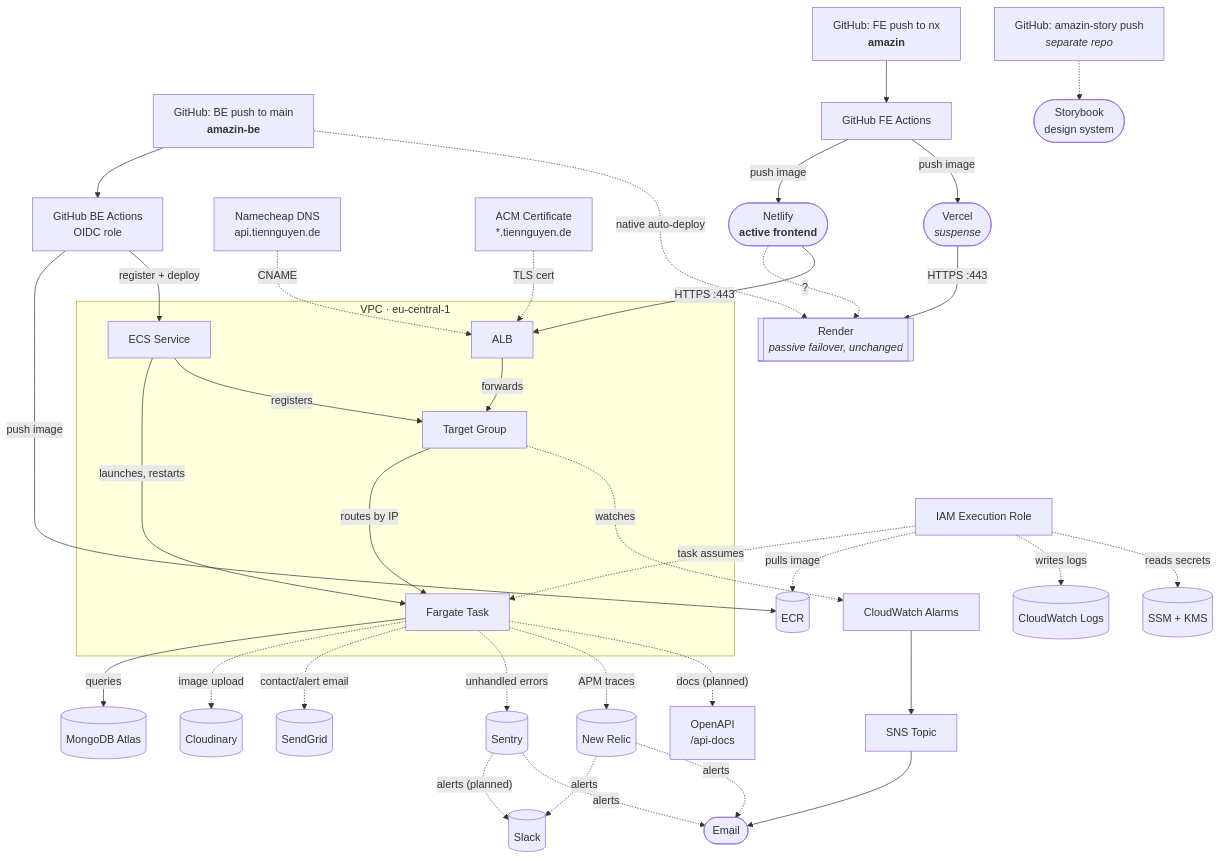
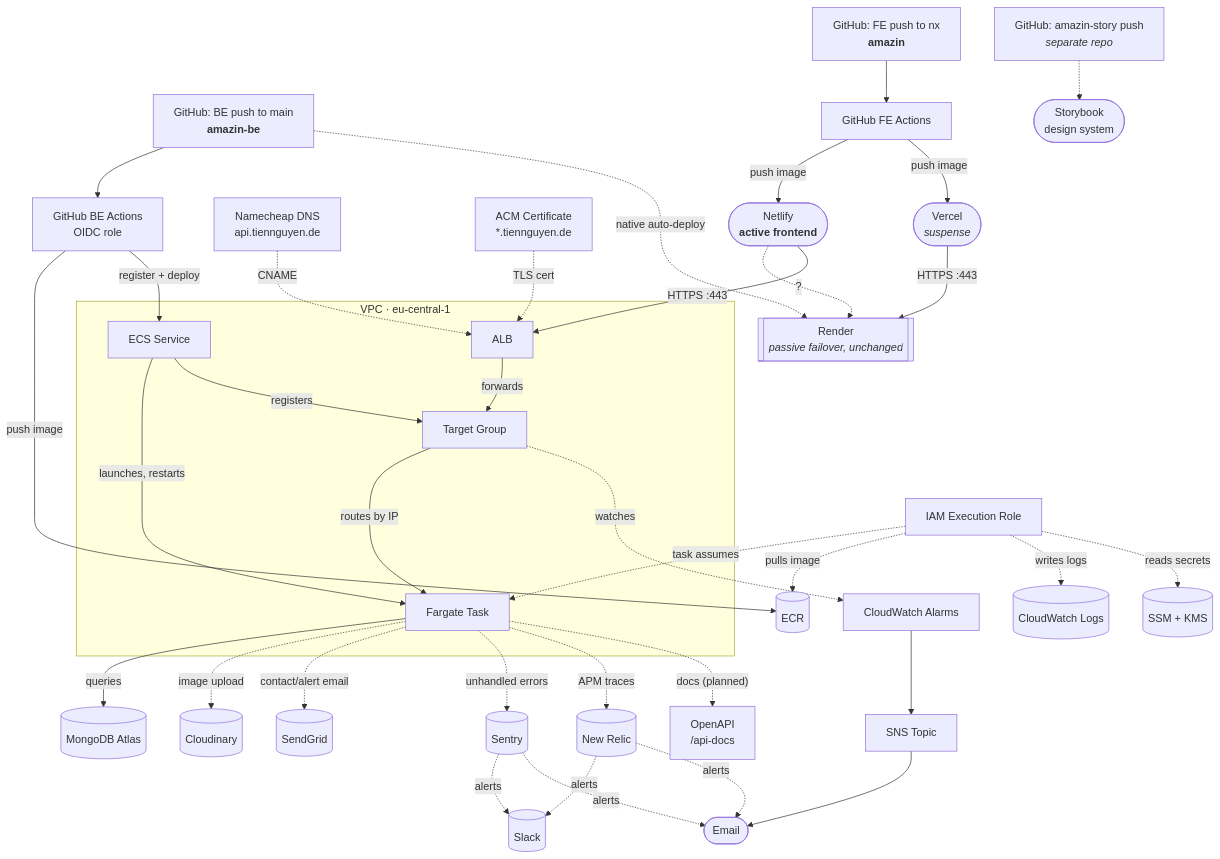
Before and after one commit to ntrix/amazin: the diagram in README.md, drawn with Mermaid.

Commit message:
docs(readme): sentry-slack alerts confirmed live, drop planned label

````diff
--- a/README.md
+++ b/README.md
@@ -113,51 +113,51 @@
 ```mermaid
 flowchart TB
   GitHubBE["GitHub: BE push to main<br/><b>amazin-be</b>"] --> ActionsBE["GitHub BE Actions<br/>OIDC role"]
   ActionsBE -->|"push image"| ECR[("ECR")]
   ActionsBE -->|"register + deploy"| Service
   GitHubBE -.->|"native auto-deploy"| Render
 
   DNS["Namecheap DNS<br/>api.tiennguyen.de"] -. CNAME .-> ALB
   ACM["ACM Certificate<br/>*.tiennguyen.de"] -. "TLS cert" .-> ALB
 
   GitHubFE["GitHub: FE push to nx<br/><b>amazin</b>"] --> ActionsFE["GitHub FE Actions"]
   ActionsFE -->|"push image"| Netlify(["Netlify<br/><b>active frontend</b>"]) .->|"?"| Render
   Netlify -->|"HTTPS :443"| ALB["ALB"]
   ActionsFE -->|"push image"| Vercel(["Vercel<br/><i>suspense</i>"]) -->|"HTTPS :443"| Render
   ALB -->|forwards| TG["Target Group"]
   TG -->|"routes by IP"| Task["Fargate Task"]
   Task -->|queries| Mongo[("MongoDB Atlas")]
   Service["ECS Service"] -->|"launches, restarts"| Task
   Service -->|registers| TG
 
   ~~~Role["IAM Execution Role"] -. "task assumes" .-> Task
   Role -. "pulls image" .-> ECR
   Role -. "writes logs" .-> Logs[("CloudWatch Logs")]
   Role -. "reads secrets" .-> SSM[("SSM + KMS")]
 
   TG -. watches .-> Alarms["CloudWatch Alarms"]
   Alarms --> SNS["SNS Topic"]
   SNS --> Email([Email])
 
   Task -. "image upload" .-> Cloudinary[("Cloudinary")]
   Task -. "contact/alert email" .-> SendGrid[("SendGrid")]
 
   Task -. "unhandled errors" .-> Sentry[("Sentry")]
   Task -. "APM traces" .-> NewRelic[("New Relic")]
   Task -. "docs (planned)" .-> OpenAPI["OpenAPI<br>/api-docs"]
-  Sentry -. "alerts (planned)" .-> Slack[("Slack")]
+  Sentry -. alerts .-> Slack[("Slack")]
   Sentry -. alerts .-> Email
   NewRelic -. alerts .-> Slack
   NewRelic -. alerts .-> Email
 
   GitHubStory["GitHub: amazin-story push<br/><i>separate repo</i>"] -.-> Storybook(["Storybook<br/>design system"])
 
   Render[["Render<br/><i>passive failover, unchanged</i>"]]
 
   subgraph VPC["VPC · eu-central-1"]
     ALB
     TG
     Task
     Service
   end
 ```
````
